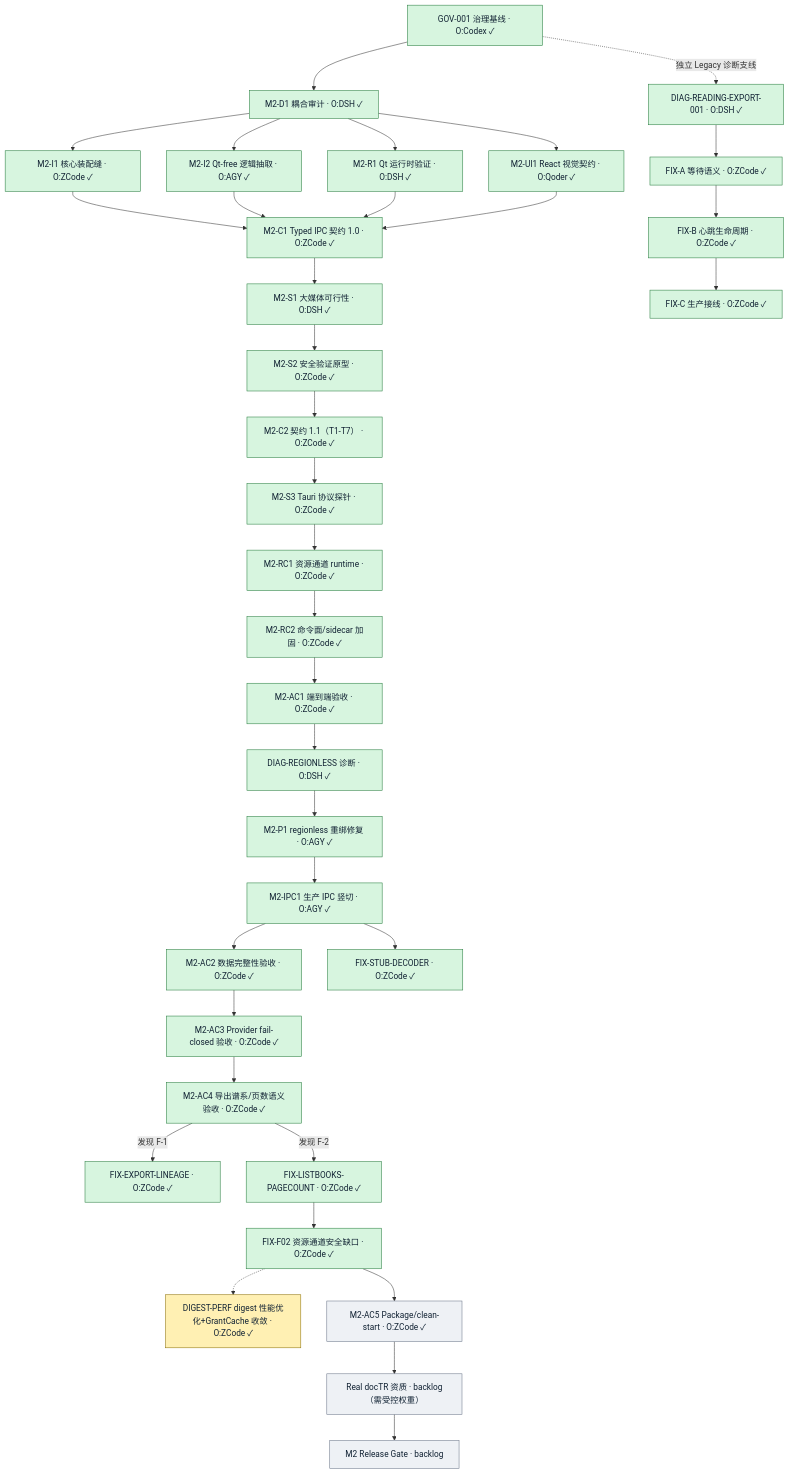
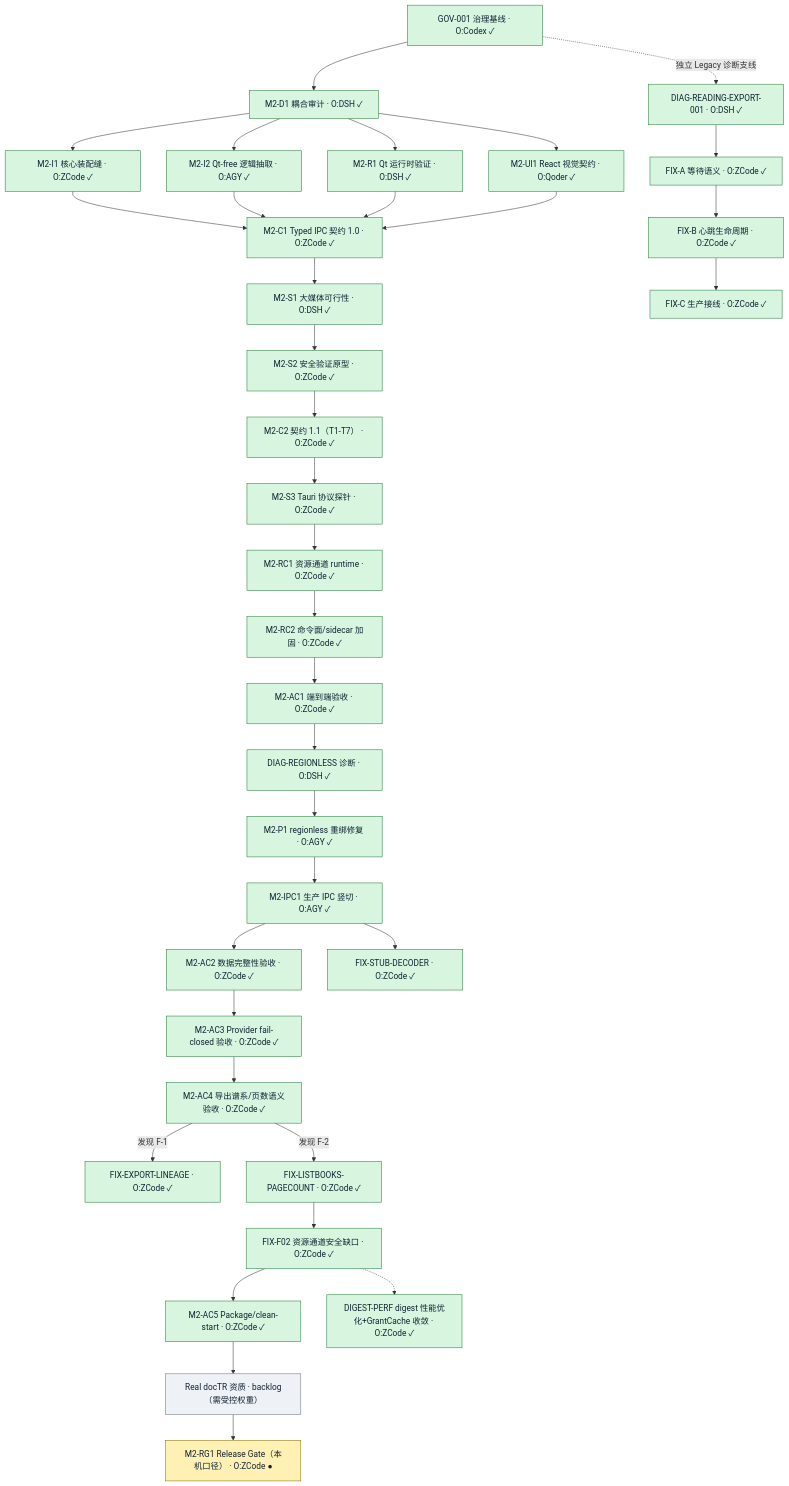
Before and after one commit to peakwheat-pixel/New-Manga: the diagram in doc/REBASELINE_PLAN.md, drawn with Mermaid. The commit also changed other lines of this file and 5 other files, not shown here.

Commit message:
release: M2-RG1 M2 Release Gate (windows local-machine ruling) — ready, base=875eb818, owner=ZCode, reviewer=DSH; console-policy FAIL pre-authorized bounded fix (windows_subsystem + CREATE_NO_WINDOW); cold start record-only; packaged dependency closure; Win11 verified basis / Win10 NOT_RUN

````diff
--- a/doc/REBASELINE_PLAN.md
+++ b/doc/REBASELINE_PLAN.md
@@ -60,47 +60,47 @@
 ```mermaid
 flowchart TD
-  %% ✓ = done（已集成 main）；O = Owner；R = 非作者 Reviewer；黄色 = proposed 未释放；灰色 = backlog 未登记
+  %% ✓ = done（已集成 main）；● = ready（已释放未完成）；O = Owner；R = 非作者 Reviewer；黄色 = ready；灰色 = backlog 未释放
   GOV["GOV-001 治理基线 · O:Codex ✓"] --> D1["M2-D1 耦合审计 · O:DSH ✓"]
   D1 --> I1["M2-I1 核心装配缝 · O:ZCode ✓"]
   D1 --> I2["M2-I2 Qt-free 逻辑抽取 · O:AGY ✓"]
   D1 --> R1["M2-R1 Qt 运行时验证 · O:DSH ✓"]
   D1 --> UI1["M2-UI1 React 视觉契约 · O:Qoder ✓"]
   I1 --> C1["M2-C1 Typed IPC 契约 1.0 · O:ZCode ✓"]
   I2 --> C1
   R1 --> C1
   UI1 --> C1
   C1 --> S1["M2-S1 大媒体可行性 · O:DSH ✓"]
   S1 --> S2["M2-S2 安全验证原型 · O:ZCode ✓"]
   S2 --> C2["M2-C2 契约 1.1（T1-T7） · O:ZCode ✓"]
   C2 --> S3["M2-S3 Tauri 协议探针 · O:ZCode ✓"]
   S3 --> RC1["M2-RC1 资源通道 runtime · O:ZCode ✓"]
   RC1 --> RC2["M2-RC2 命令面/sidecar 加固 · O:ZCode ✓"]
   RC2 --> AC1["M2-AC1 端到端验收 · O:ZCode ✓"]
   AC1 --> DGR["DIAG-REGIONLESS 诊断 · O:DSH ✓"]
   DGR --> P1["M2-P1 regionless 重绑修复 · O:AGY ✓"]
   P1 --> IPC1["M2-IPC1 生产 IPC 竖切 · O:AGY ✓"]
   IPC1 --> AC2["M2-AC2 数据完整性验收 · O:ZCode ✓"]
   AC2 --> AC3["M2-AC3 Provider fail-closed 验收 · O:ZCode ✓"]
   AC3 --> AC4["M2-AC4 导出谱系/页数语义验收 · O:ZCode ✓"]
   AC4 -->|"发现 F-1"| FXE["FIX-EXPORT-LINEAGE · O:ZCode ✓"]
   AC4 -->|"发现 F-2"| FXL["FIX-LISTBOOKS-PAGECOUNT · O:ZCode ✓"]
   IPC1 --> FXS["FIX-STUB-DECODER · O:ZCode ✓"]
   FXL --> FXF["FIX-F02 资源通道安全缺口 · O:ZCode ✓"]
   GOV -. 独立 Legacy 诊断支线 .-> DIO["DIAG-READING-EXPORT-001 · O:DSH ✓"]
   DIO --> FXA["FIX-A 等待语义 · O:ZCode ✓"]
   FXA --> FXB["FIX-B 心跳生命周期 · O:ZCode ✓"]
   FXB --> FXC["FIX-C 生产接线 · O:ZCode ✓"]
 
-  %% 未完成：候选与 backlog
-  FXF -.-> DP["DIGEST-PERF digest 性能优化+GrantCache 收敛 · O:ZCode ✓"]
+  %% 未完成：ready 与 backlog
   FXF --> PKG["M2-AC5 Package/clean-start · O:ZCode ✓"]
   PKG --> DOC["Real docTR 资质 · backlog（需受控权重）"]
-  DOC --> RG["M2 Release Gate · backlog"]
+  DOC --> RG["M2-RG1 Release Gate（本机口径） · O:ZCode ●"]
+  FXF -.-> DP["DIGEST-PERF digest 性能优化+GrantCache 收敛 · O:ZCode ✓"]
 
   classDef done fill:#d7f5df,stroke:#237a3b,color:#123;
   classDef proposed fill:#fff0b3,stroke:#8a6d00,color:#123;
   classDef backlog fill:#eef1f5,stroke:#697386,color:#123;
-  class GOV,D1,I1,I2,R1,UI1,C1,S1,S2,C2,S3,RC1,RC2,AC1,DGR,P1,IPC1,AC2,AC3,AC4,FXE,FXL,FXS,FXF,DIO,FXA,FXB,FXC done;
-  class DP proposed;
-  class PKG,DOC,RG backlog;
+  class GOV,D1,I1,I2,R1,UI1,C1,S1,S2,C2,S3,RC1,RC2,AC1,DGR,P1,IPC1,AC2,AC3,AC4,FXE,FXL,FXS,FXF,DIO,FXA,FXB,FXC,DP,PKG done;
+  class RG proposed;
+  class DOC backlog;
 ```
````
